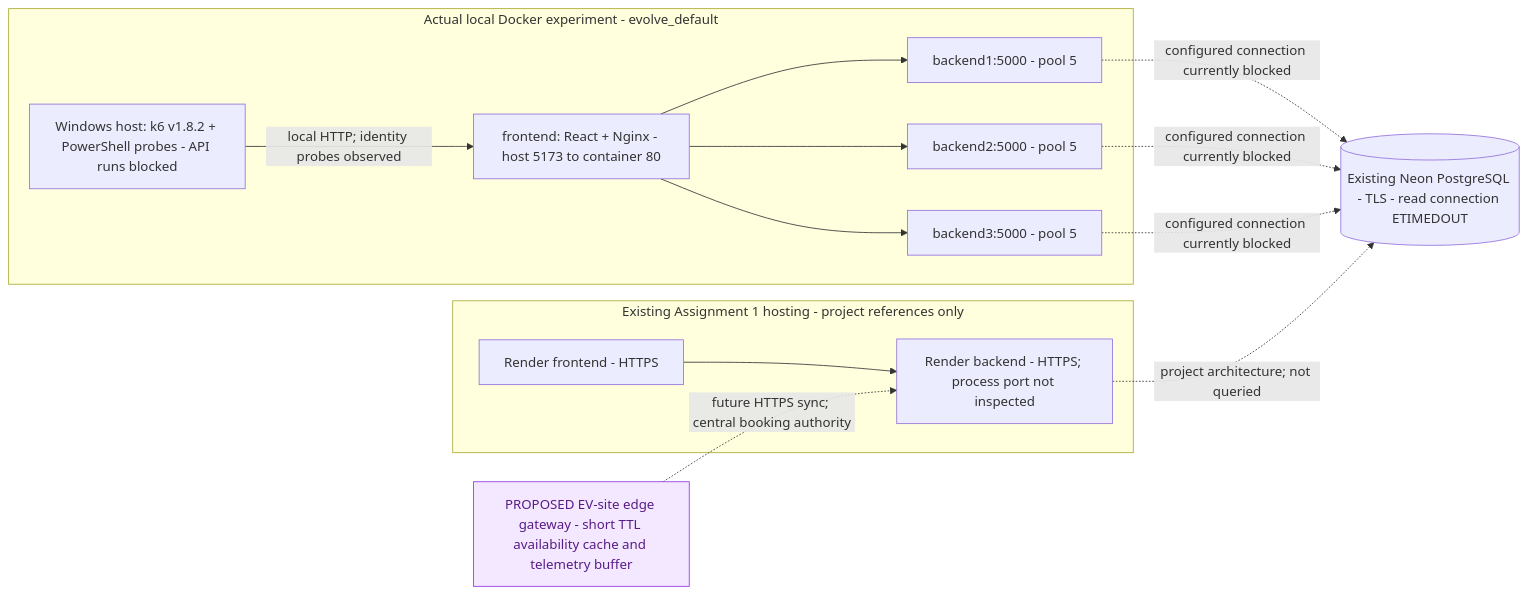
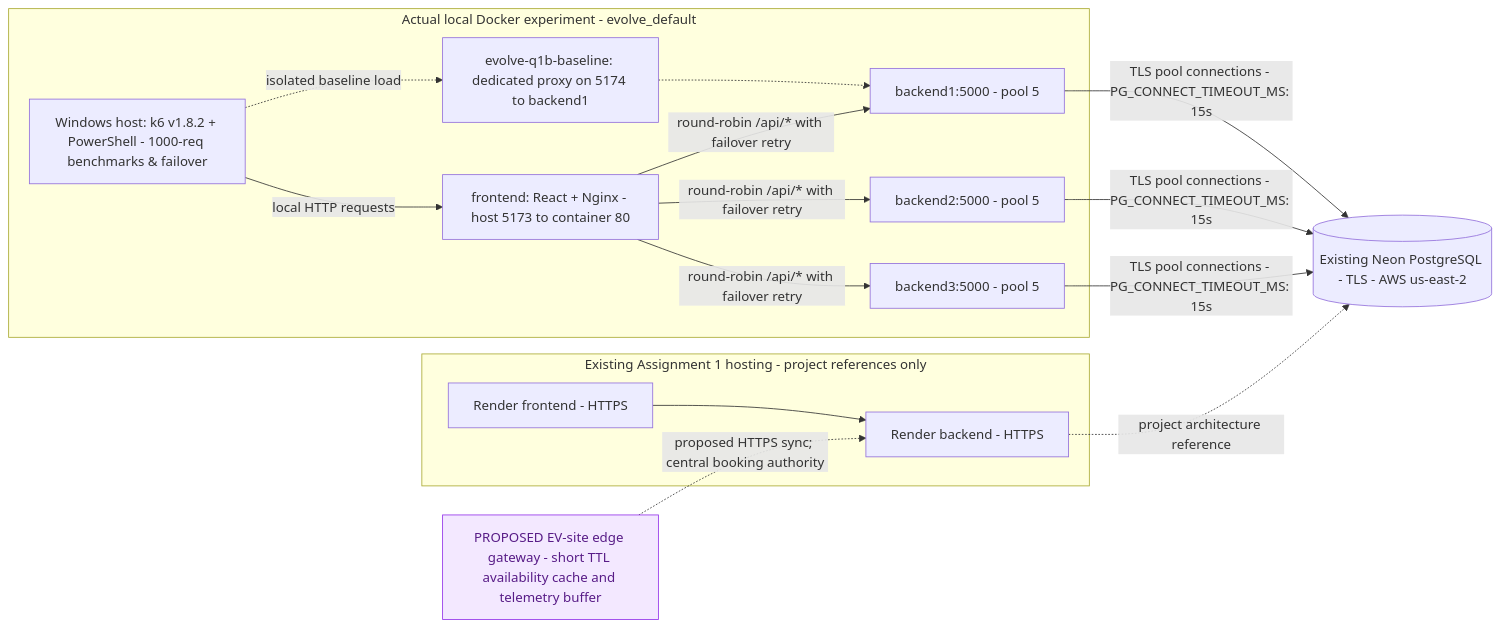
The diagram in docs/da3/q1/architecture/evolve-q1.mmd (arushigrover07/EVolve), drawn with Mermaid before and after one commit. The commit also changed 74 other files, not shown here.

Commit message:
DA3: Add cloud architecture benchmarks and security hardening

```diff
--- a/docs/da3/q1/architecture/evolve-q1.mmd
+++ b/docs/da3/q1/architecture/evolve-q1.mmd
@@ -1,22 +1,25 @@
 flowchart LR
   subgraph LOCAL[Actual local Docker experiment - evolve_default]
-    K[Windows host: k6 v1.8.2 + PowerShell probes - API runs blocked]
+    K[Windows host: k6 v1.8.2 + PowerShell - 1000-req benchmarks & failover]
     F[frontend: React + Nginx - host 5173 to container 80]
     B1[backend1:5000 - pool 5]
     B2[backend2:5000 - pool 5]
     B3[backend3:5000 - pool 5]
-    K -->|local HTTP; identity probes observed| F
-    F --> B1 & B2 & B3
+    P1[evolve-q1b-baseline: dedicated proxy on 5174 to backend1]
+    K -->|local HTTP requests| F
+    K -.->|isolated baseline load| P1
+    P1 -.-> B1
+    F -->|round-robin /api/* with failover retry| B1 & B2 & B3
   end
-  N[(Existing Neon PostgreSQL - TLS - read connection ETIMEDOUT)]
-  B1 & B2 & B3 -.->|configured connection currently blocked| N
+  N[(Existing Neon PostgreSQL - TLS - AWS us-east-2)]
+  B1 & B2 & B3 -->|TLS pool connections - PG_CONNECT_TIMEOUT_MS: 15s| N
   subgraph HOSTED[Existing Assignment 1 hosting - project references only]
     RF[Render frontend - HTTPS]
-    RB[Render backend - HTTPS; process port not inspected]
+    RB[Render backend - HTTPS]
     RF --> RB
   end
-  RB -.->|project architecture; not queried| N
+  RB -.->|project architecture reference| N
   E[PROPOSED EV-site edge gateway - short TTL availability cache and telemetry buffer]
-  E -.->|future HTTPS sync; central booking authority| RB
+  E -.->|proposed HTTPS sync; central booking authority| RB
   classDef proposed fill:#f3e8ff,stroke:#9333ea,color:#581c87
   class E proposed
```
